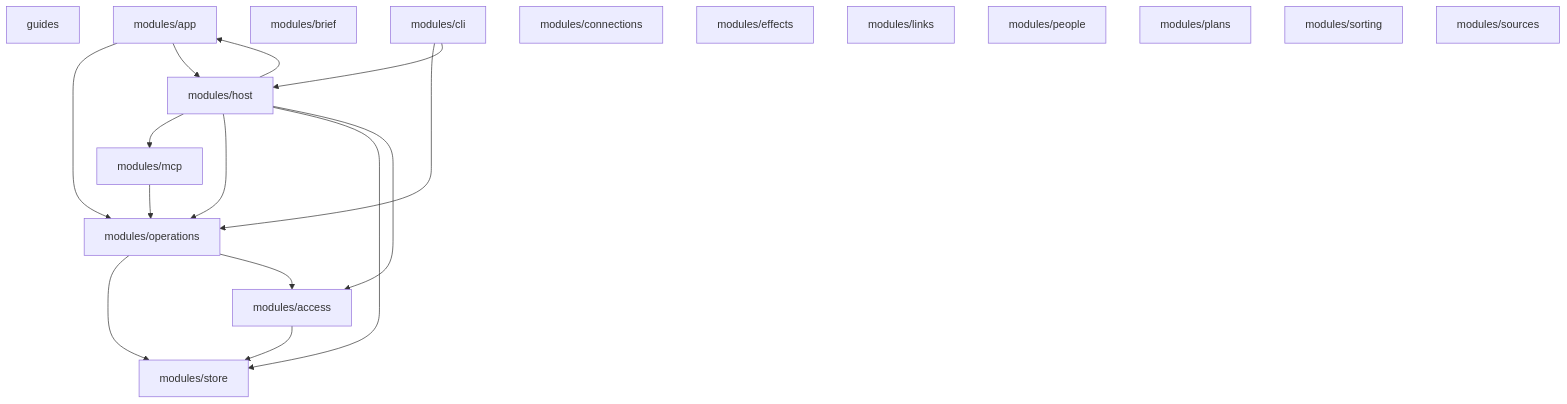
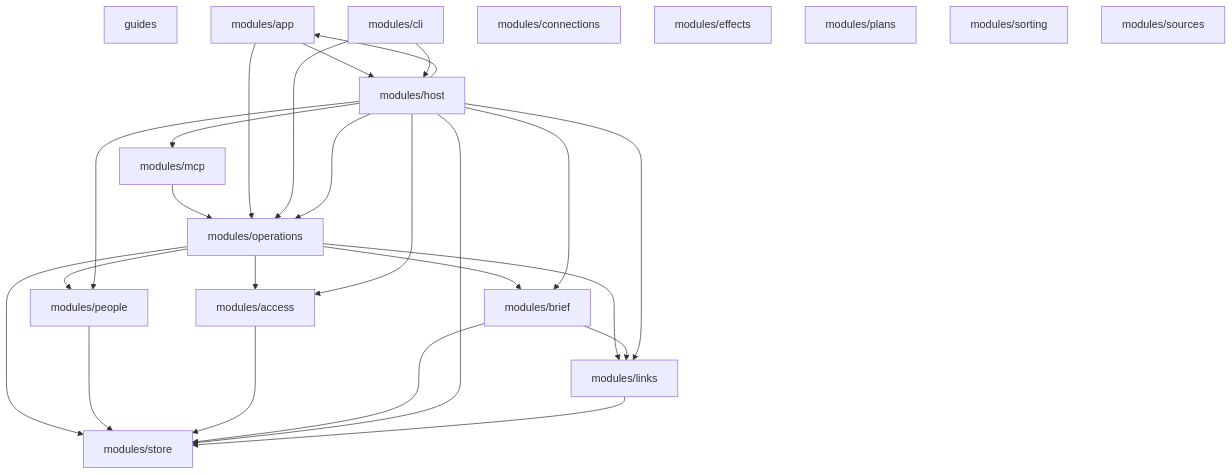
Before and after one commit to diligent-communications/diligent-communications: the diagram in map/README.md, drawn with Mermaid. The commit also changed other lines of this file and 8 other files, not shown here.

````diff
--- a/map/README.md
+++ b/map/README.md
@@ -11,32 +11,42 @@
 ```mermaid
 flowchart TD
     folder1["guides"]
     folder2["modules/access"]
     folder3["modules/app"]
     folder4["modules/brief"]
     folder5["modules/cli"]
     folder6["modules/connections"]
     folder7["modules/effects"]
     folder8["modules/host"]
     folder9["modules/links"]
     folder10["modules/mcp"]
     folder11["modules/operations"]
     folder12["modules/people"]
     folder13["modules/plans"]
     folder14["modules/sorting"]
     folder15["modules/sources"]
     folder16["modules/store"]
     folder10 --> folder11
+    folder11 --> folder12
     folder11 --> folder16
     folder11 --> folder2
+    folder11 --> folder4
+    folder11 --> folder9
+    folder12 --> folder16
     folder2 --> folder16
     folder3 --> folder11
     folder3 --> folder8
+    folder4 --> folder16
+    folder4 --> folder9
     folder5 --> folder11
     folder5 --> folder8
     folder8 --> folder10
     folder8 --> folder11
+    folder8 --> folder12
     folder8 --> folder16
     folder8 --> folder2
     folder8 --> folder3
+    folder8 --> folder4
+    folder8 --> folder9
+    folder9 --> folder16
 ```
````
